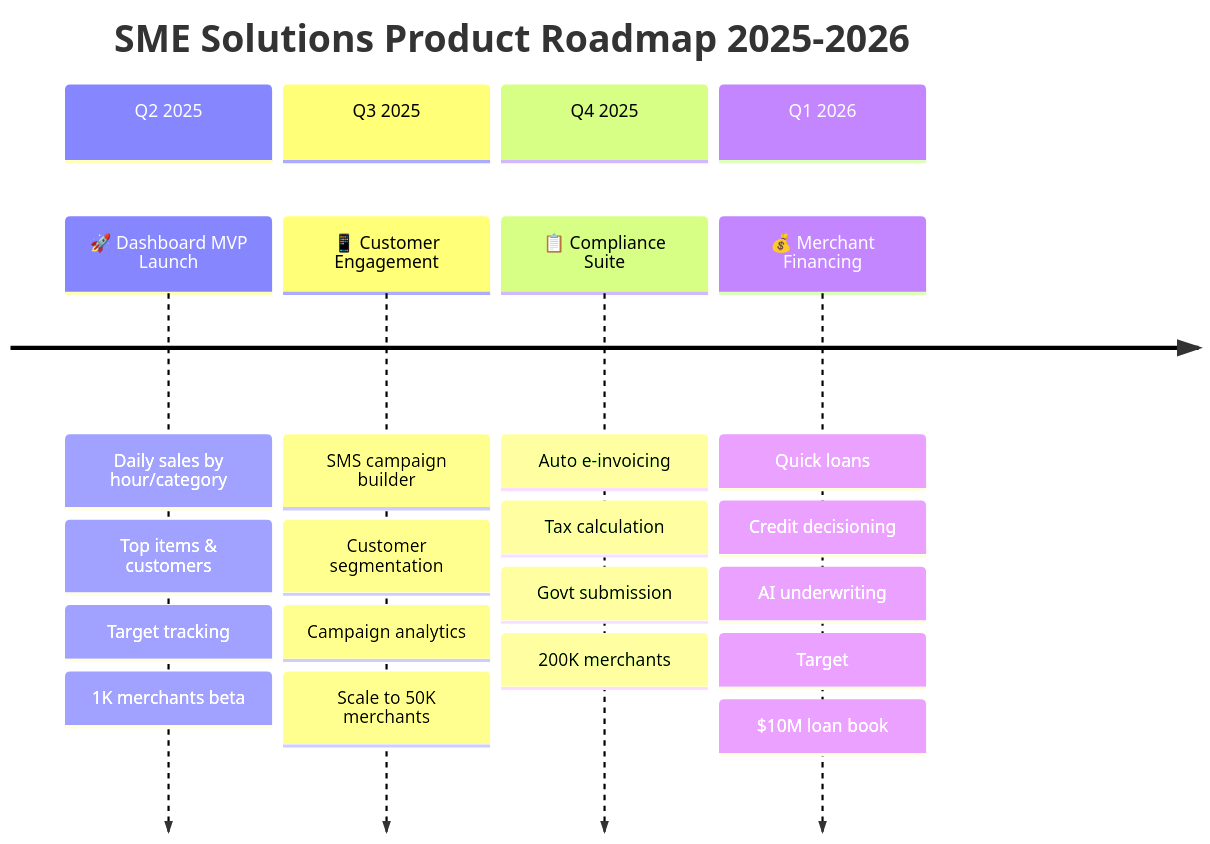
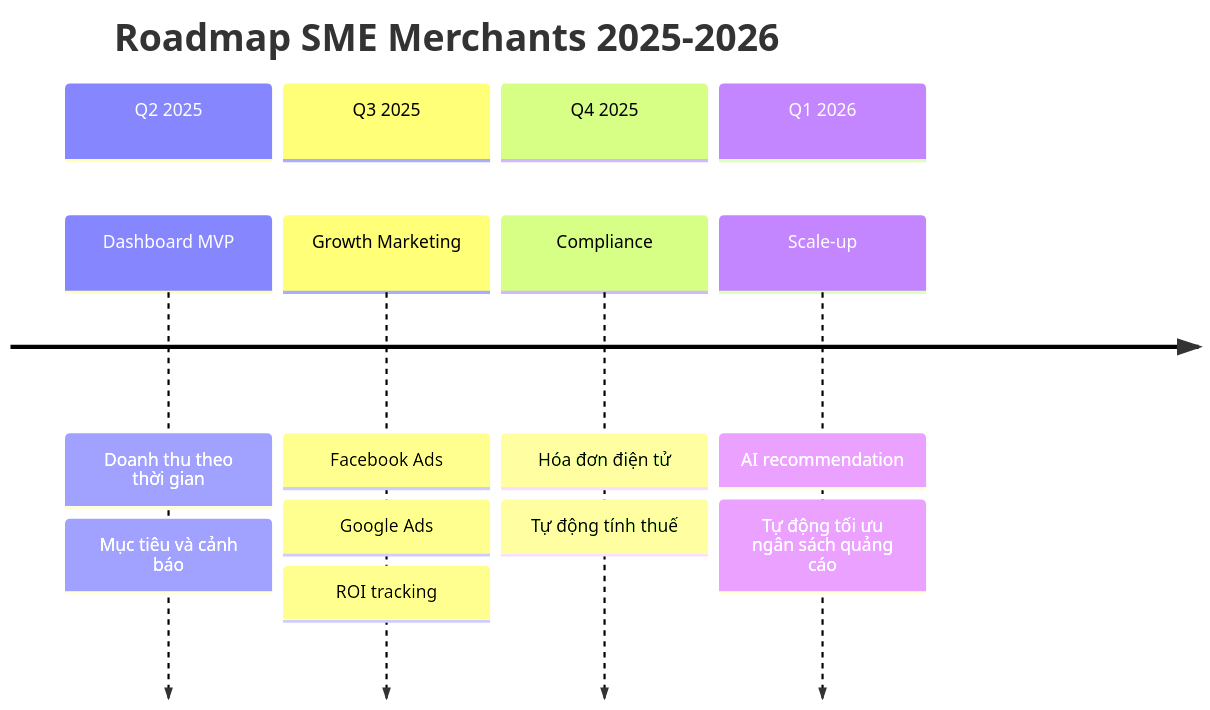
The seventh of 7 diagrams in product-areas/sme-merchants-product-design.md (lamtquyen03/momo-product-engineering), drawn with Mermaid before and after one commit. The commit also changed other lines of this file, not shown here.

Commit message:
[VIETSUB] Translate SME merchant product design and update marketing strategy

````diff
--- a/product-areas/sme-merchants-product-design.md
+++ b/product-areas/sme-merchants-product-design.md
@@ -996,32 +259,21 @@
 ```mermaid
 timeline
-    title SME Solutions Product Roadmap 2025-2026
-    
+    title Roadmap SME Merchants 2025-2026
     section Q2 2025
-        🚀 Dashboard MVP Launch
-        : Daily sales by hour/category
-        : Top items & customers
-        : Target tracking
-        : 1K merchants beta
-    
+        Dashboard MVP
+        : Doanh thu theo thời gian
+        : Mục tiêu và cảnh báo
     section Q3 2025
-        📱 Customer Engagement
-        : SMS campaign builder
-        : Customer segmentation
-        : Campaign analytics
-        : Scale to 50K merchants
-    
+        Growth Marketing
+        : Facebook Ads
+        : Google Ads
+        : ROI tracking
     section Q4 2025
-        📋 Compliance Suite
-        : Auto e-invoicing
-        : Tax calculation
-        : Govt submission
-        : 200K merchants
-    
+        Compliance
+        : Hóa đơn điện tử
+        : Tự động tính thuế
     section Q1 2026
-        💰 Merchant Financing
-        : Quick loans
-        : Credit decisioning
-        : AI underwriting
-        : Target: $10M loan book
+        Scale-up
+        : AI recommendation
+        : Tự động tối ưu ngân sách quảng cáo
 ```
````
